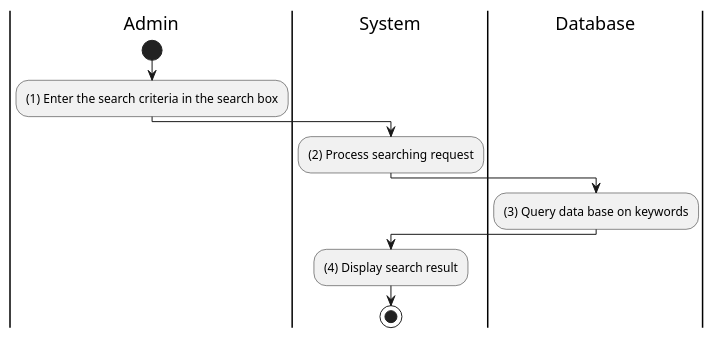
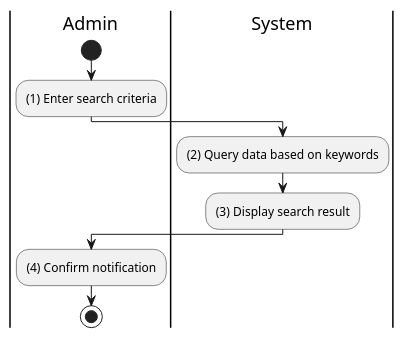
Before and after one commit to electricilies/electricilies.github.io: the diagram in docs/software-docs/activity/adjust-document/search-document.md, drawn with PlantUML. The commit also changed 47 other files, not shown here.

````diff
--- a/docs/software-docs/activity/adjust-document/search-document.md
+++ b/docs/software-docs/activity/adjust-document/search-document.md
@@ -3,19 +3,16 @@
 ```plantuml
 @startuml
 |A|Admin
 |S|System
-|D|Database
 
 |A|
 start
-:(1) Enter the search criteria in the search box;
+:(1) Enter search criteria;
 |S|
-:(2) Process searching request;
-|D|
-:(3) Query data base on keywords;
-|S|
-:(4) Display search result;
+:(2) Query data based on keywords;
+:(3) Display search result;
+|A|
+:(4) Confirm notification;
 stop
-
 @enduml
 ```
````
